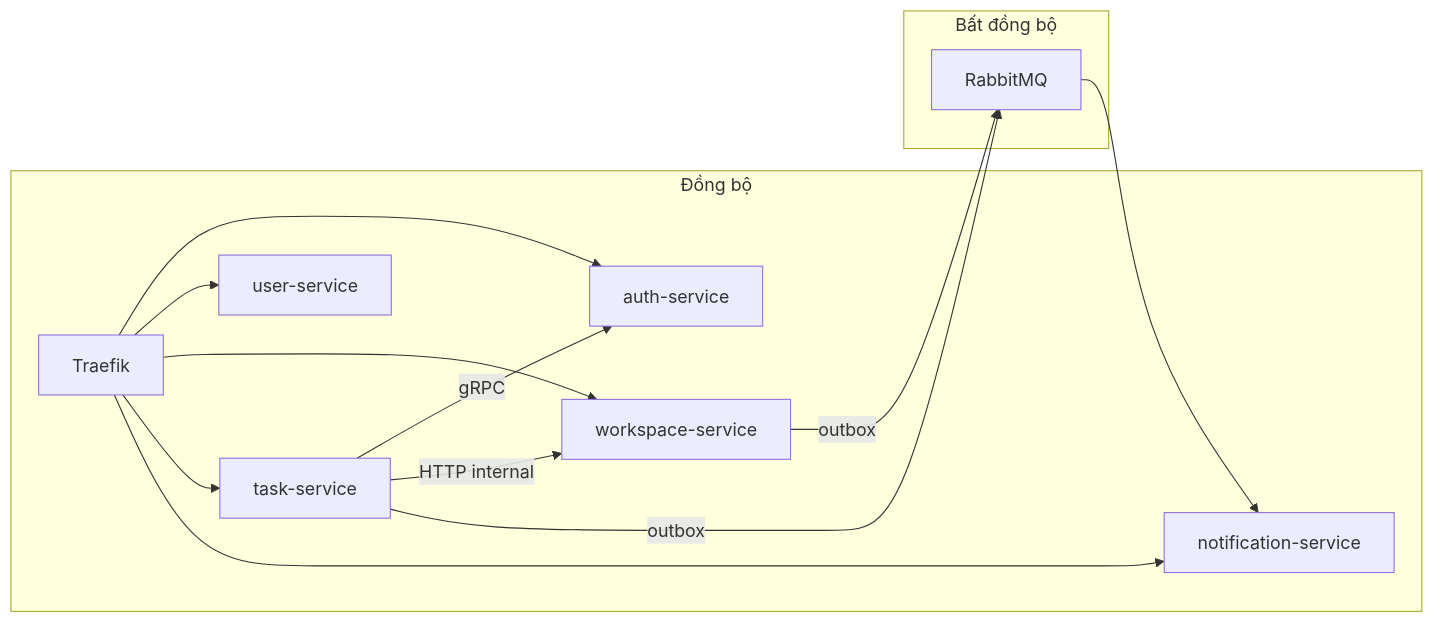
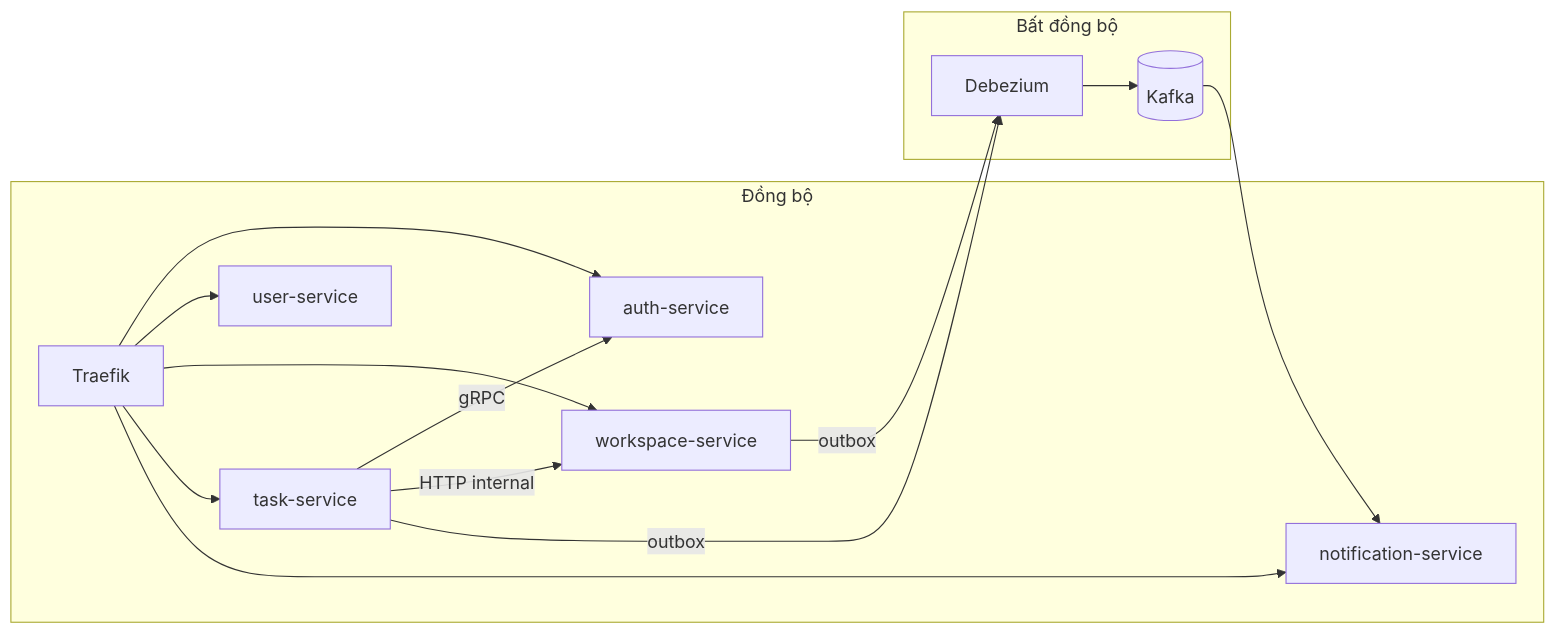
One commit to lengocanh2005it/collabspace changed the diagram in docs/design-patterns.md. Above: the diagram before and after it, drawn with Mermaid. The commit also changed other lines of this file and 65 other files, not shown here.

First line of the commit message:
docs: sync Kafka + Debezium CDC across docs and finish RabbitMQ cleanup

````diff
--- a/docs/design-patterns.md
+++ b/docs/design-patterns.md
@@ -25,17 +25,18 @@
 ```mermaid
 flowchart LR
   subgraph sync [Đồng bộ]
     GW[Traefik] --> Auth[auth-service]
     GW --> User[user-service]
     GW --> WS[workspace-service]
     GW --> Task[task-service]
     GW --> Notif[notification-service]
     Task -->|gRPC| Auth
     Task -->|HTTP internal| WS
   end
   subgraph async [Bất đồng bộ]
-    WS -->|outbox| RMQ[RabbitMQ]
-    Task -->|outbox| RMQ
-    RMQ --> Notif
+    WS -->|outbox| DBZ[Debezium]
+    Task -->|outbox| DBZ
+    DBZ --> K[(Kafka)]
+    K --> Notif
   end
 ```
````
